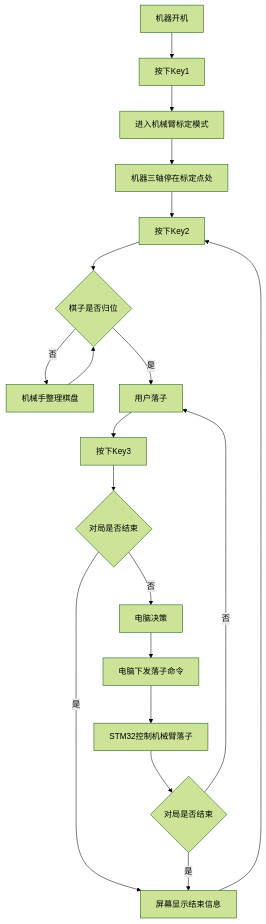
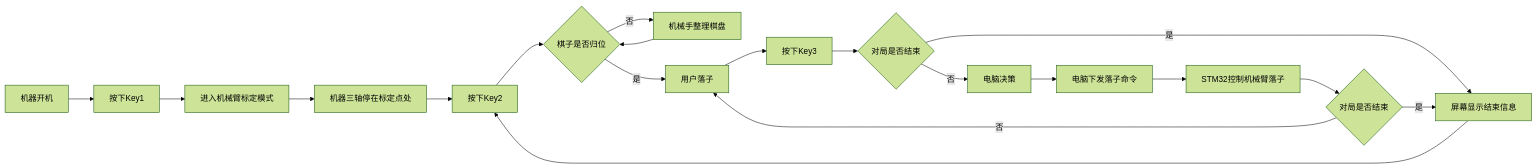
The second of 3 diagrams in Doc_DesignData/003_机器流程.md (Zlxwy/GraduationProject), drawn with Mermaid (forest theme) before and after one commit. The commit also changed other lines of this file and 65 other files, not shown here.

````diff
--- a/Doc_DesignData/003_机器流程.md
+++ b/Doc_DesignData/003_机器流程.md
@@ -69,15 +69,15 @@
 ```mermaid
-graph TD
+graph LR
   A[机器开机] --> B[按下Key1] --> C[进入机械臂标定模式] --> D[机器三轴停在标定点处]
   D[机器三轴停在标定点处] --> E[按下Key2]
   E --> F{棋子是否归位}
   F --否--> G[机械手整理棋盘]
   G --> F
   F --是--> H[用户落子]
   H --> I[按下Key3]
   I --> J{对局是否结束}
   J --否--> K[电脑决策] --> L[电脑下发落子命令] --> M[STM32控制机械臂落子] -->N{对局是否结束} --否--> H
   J --是--> O[屏幕显示结束信息]
   N --是--> O
   O --> E
 ```
````
